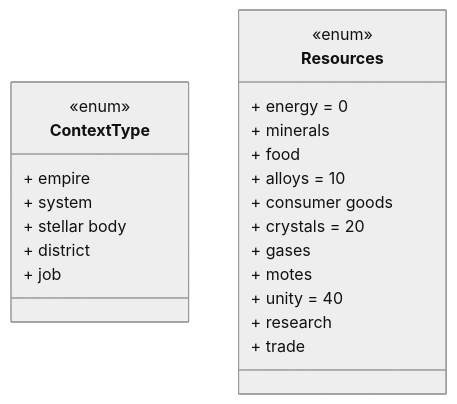
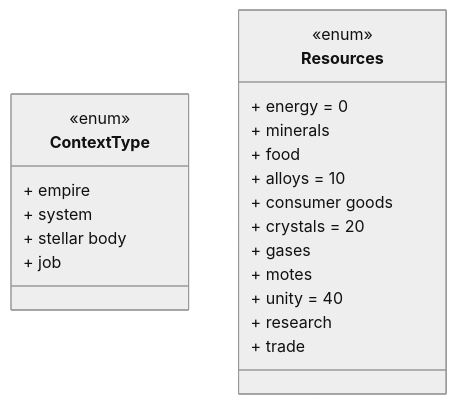
Before and after one commit to StrangeClone/SSequel: the first of 4 diagrams in desing.md, drawn with Mermaid (neutral theme). The commit also changed other lines of this file and 15 other files, not shown here.

````diff
--- a/desing.md
+++ b/desing.md
@@ -7,26 +7,25 @@
 ```mermaid
 classDiagram
     class ContextType {
         <<enum>>
         + empire
         + system
         + stellar body
-        + district
         + job
     }
 
     class Resources {
         <<enum>>
         + energy = 0
         + minerals
         + food
         + alloys = 10
         + consumer goods
         + crystals = 20
         + gases
         + motes
         + unity = 40
         + research
         + trade
     }
 ```
````
